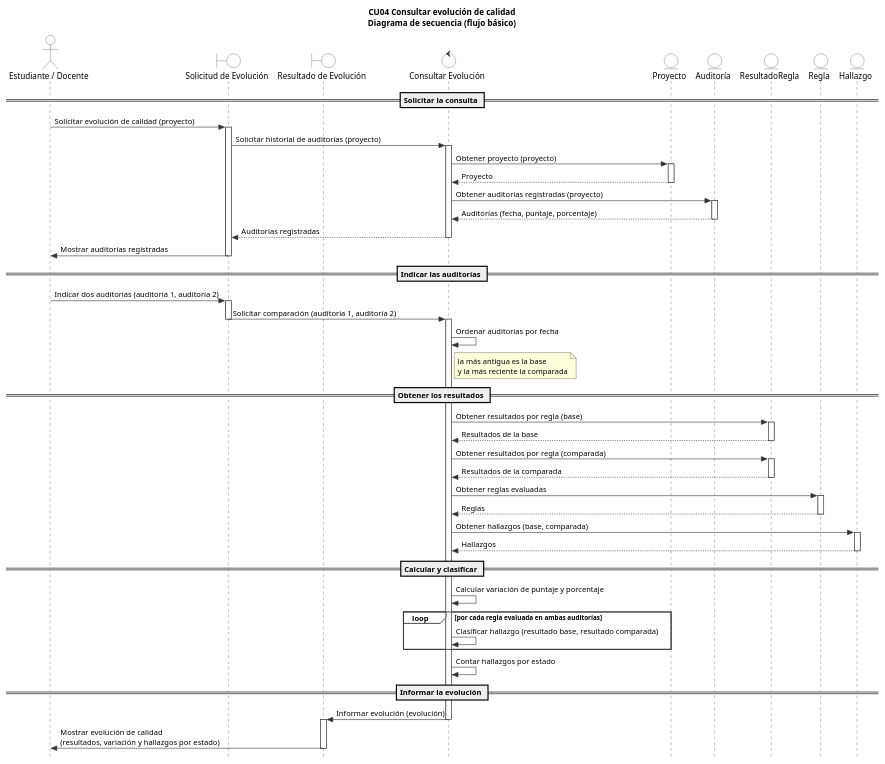
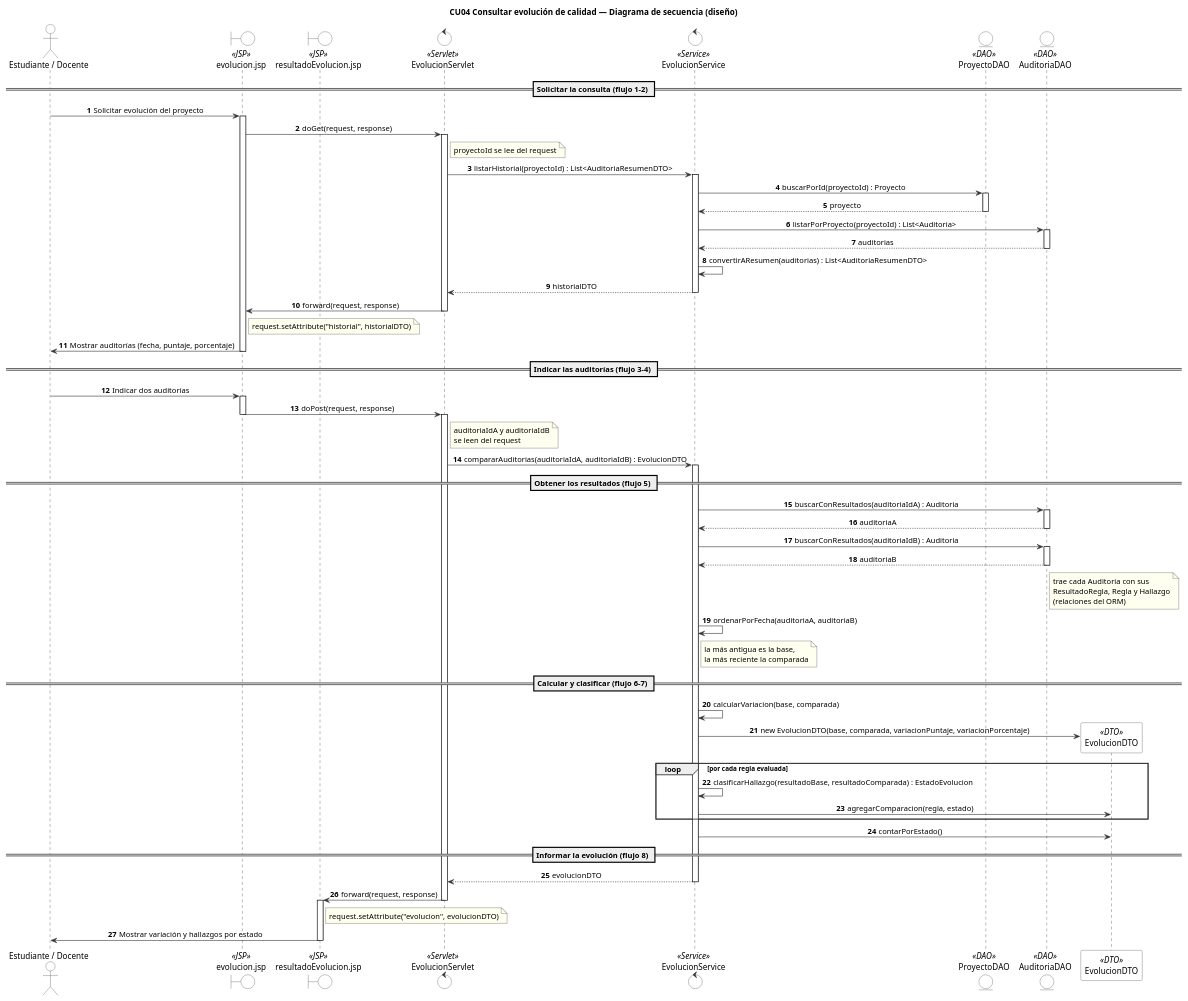
The diagram in docs/incremento2/sequenceDiagrams/cu04-consultarEvolucion.puml (ErickBaja05/GR4_1BT3_622_26B), drawn with PlantUML before and after one commit. The commit also changed 9 other files, not shown here.

Commit message:
update of the diagrams: CU3 and CU4

```diff
--- a/docs/incremento2/sequenceDiagrams/cu04-consultarEvolucion.puml
+++ b/docs/incremento2/sequenceDiagrams/cu04-consultarEvolucion.puml
@@ -1,90 +1,101 @@
-@startuml cu04_secuencia
-skinparam style strictuml
+@startuml cu04_secuencia_diseno
+title CU04 Consultar evolución de calidad — Diagrama de secuencia (diseño)
+
+autonumber
+skinparam sequenceMessageAlign center
+skinparam backgroundColor white
+skinparam shadowing false
 skinparam defaultFontName Arial
 skinparam ArrowColor #333333
-skinparam SequenceLifeLineBorderColor #333333
-skinparam ParticipantBackgroundColor #FFFFFF
 skinparam ParticipantBorderColor #333333
-skinparam ActorBackgroundColor #FFFFFF
+skinparam ParticipantBackgroundColor white
 skinparam ActorBorderColor #333333
-skinparam BoundaryBackgroundColor #FFFFFF
+skinparam ActorBackgroundColor white
 skinparam BoundaryBorderColor #333333
-skinparam ControlBackgroundColor #FFFFFF
+skinparam BoundaryBackgroundColor white
 skinparam ControlBorderColor #333333
-skinparam EntityBackgroundColor #FFFFFF
+skinparam ControlBackgroundColor white
 skinparam EntityBorderColor #333333
+skinparam EntityBackgroundColor white
+skinparam LifeLineBorderColor #333333
 skinparam SequenceGroupBorderColor #333333
-skinparam SequenceGroupBackgroundColor #FFFFFF
+skinparam NoteBorderColor #333333
+skinparam NoteBackgroundColor #FFFFF0
 
-title CU04 Consultar evolución de calidad\nDiagrama de secuencia (flujo básico)
+actor "Estudiante / Docente" as U
+boundary "evolucion.jsp" as JSP1 <<JSP>>
+boundary "resultadoEvolucion.jsp" as JSP2 <<JSP>>
+control "EvolucionServlet" as SRV <<Servlet>>
+control "EvolucionService" as SVC <<Service>>
+entity "ProyectoDAO" as PDAO <<DAO>>
+entity "AuditoriaDAO" as ADAO <<DAO>>
 
-actor "Estudiante / Docente" as actor
-boundary "Solicitud de Evolución" as bSol
-boundary "Resultado de Evolución" as bRes
-control "Consultar Evolución" as cCon
-entity "Proyecto" as eProy
-entity "Auditoría" as eAud
-entity "ResultadoRegla" as eRes
-entity "Regla" as eReg
-entity "Hallazgo" as eHal
+== Solicitar la consulta (flujo 1-2) ==
+U -> JSP1 : Solicitar evolución del proyecto
+activate JSP1
+JSP1 -> SRV : doGet(request, response)
+activate SRV
+note right of SRV : proyectoId se lee del request
+SRV -> SVC : listarHistorial(proyectoId) : List<AuditoriaResumenDTO>
+activate SVC
+SVC -> PDAO : buscarPorId(proyectoId) : Proyecto
+activate PDAO
+PDAO --> SVC : proyecto
+deactivate PDAO
+SVC -> ADAO : listarPorProyecto(proyectoId) : List<Auditoria>
+activate ADAO
+ADAO --> SVC : auditorias
+deactivate ADAO
+SVC -> SVC : convertirAResumen(auditorias) : List<AuditoriaResumenDTO>
+SVC --> SRV : historialDTO
+deactivate SVC
+SRV -> JSP1 : forward(request, response)
+deactivate SRV
+note right of JSP1 : request.setAttribute("historial", historialDTO)
+JSP1 -> U : Mostrar auditorías (fecha, puntaje, porcentaje)
+deactivate JSP1
 
-== Solicitar la consulta ==
-actor -> bSol : Solicitar evolución de calidad (proyecto)
-activate bSol
-bSol -> cCon : Solicitar historial de auditorías (proyecto)
-activate cCon
-cCon -> eProy : Obtener proyecto (proyecto)
-activate eProy
-eProy --> cCon : Proyecto
-deactivate eProy
-cCon -> eAud : Obtener auditorías registradas (proyecto)
-activate eAud
-eAud --> cCon : Auditorías (fecha, puntaje, porcentaje)
-deactivate eAud
-cCon --> bSol : Auditorías registradas
-deactivate cCon
-bSol -> actor : Mostrar auditorías registradas
-deactivate bSol
+== Indicar las auditorías (flujo 3-4) ==
+U -> JSP1 : Indicar dos auditorías
+activate JSP1
+JSP1 -> SRV : doPost(request, response)
+deactivate JSP1
+activate SRV
+note right of SRV : auditoriaIdA y auditoriaIdB\nse leen del request
+SRV -> SVC : compararAuditorias(auditoriaIdA, auditoriaIdB) : EvolucionDTO
+activate SVC
 
-== Indicar las auditorías ==
-actor -> bSol : Indicar dos auditorías (auditoría 1, auditoría 2)
-activate bSol
-bSol -> cCon : Solicitar comparación (auditoría 1, auditoría 2)
-deactivate bSol
-activate cCon
-cCon -> cCon : Ordenar auditorías por fecha
-note right of cCon : la más antigua es la base\ny la más reciente la comparada
+== Obtener los resultados (flujo 5) ==
+SVC -> ADAO : buscarConResultados(auditoriaIdA) : Auditoria
+activate ADAO
+ADAO --> SVC : auditoriaA
+deactivate ADAO
+SVC -> ADAO : buscarConResultados(auditoriaIdB) : Auditoria
+activate ADAO
+ADAO --> SVC : auditoriaB
+deactivate ADAO
+note right of ADAO : trae cada Auditoria con sus\nResultadoRegla, Regla y Hallazgo\n(relaciones del ORM)
+SVC -> SVC : ordenarPorFecha(auditoriaA, auditoriaB)
+note right of SVC : la más antigua es la base,\nla más reciente la comparada
 
-== Obtener los resultados ==
-cCon -> eRes : Obtener resultados por regla (base)
-activate eRes
-eRes --> cCon : Resultados de la base
-deactivate eRes
-cCon -> eRes : Obtener resultados por regla (comparada)
-activate eRes
-eRes --> cCon : Resultados de la comparada
-deactivate eRes
-cCon -> eReg : Obtener reglas evaluadas
-activate eReg
-eReg --> cCon : Reglas
-deactivate eReg
-cCon -> eHal : Obtener hallazgos (base, comparada)
-activate eHal
-eHal --> cCon : Hallazgos
-deactivate eHal
+== Calcular y clasificar (flujo 6-7) ==
+SVC -> SVC : calcularVariacion(base, comparada)
+create "EvolucionDTO" as DTO <<DTO>>
+SVC -> DTO : new EvolucionDTO(base, comparada, variacionPuntaje, variacionPorcentaje)
+loop por cada regla evaluada
+  SVC -> SVC : clasificarHallazgo(resultadoBase, resultadoComparada) : EstadoEvolucion
+  SVC -> DTO : agregarComparacion(regla, estado)
+end
+SVC -> DTO : contarPorEstado()
 
-== Calcular y clasificar ==
-cCon -> cCon : Calcular variación de puntaje y porcentaje
-loop por cada regla evaluada en ambas auditorías
-  cCon -> cCon : Clasificar hallazgo (resultado base, resultado comparada)
-end
-cCon -> cCon : Contar hallazgos por estado
-
-== Informar la evolución ==
-cCon -> bRes : Informar evolución (evolución)
-deactivate cCon
-activate bRes
-bRes -> actor : Mostrar evolución de calidad\n(resultados, variación y hallazgos por estado)
-deactivate bRes
+== Informar la evolución (flujo 8) ==
+SVC --> SRV : evolucionDTO
+deactivate SVC
+SRV -> JSP2 : forward(request, response)
+deactivate SRV
+activate JSP2
+note right of JSP2 : request.setAttribute("evolucion", evolucionDTO)
+JSP2 -> U : Mostrar variación y hallazgos por estado
+deactivate JSP2
 
 @enduml
```
